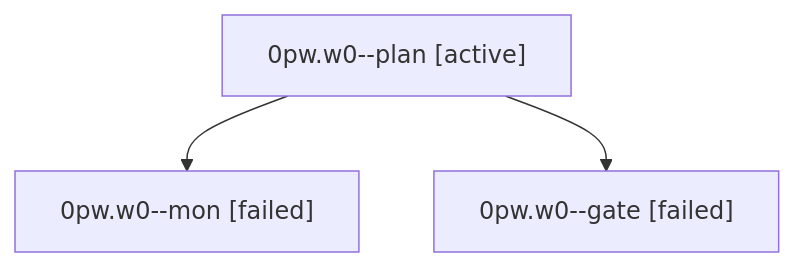
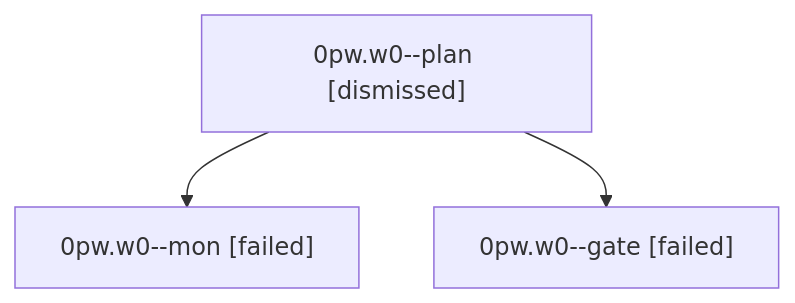
One commit to sase-org/sase--agents changed the diagram in sessions/bbugyi200.athena.0pw.w0.md. Above: the diagram before and after it, drawn with Mermaid. The commit also changed other lines of this file and 36 other files, not shown here.

````diff
--- a/sessions/bbugyi200.athena.0pw.w0.md
+++ b/sessions/bbugyi200.athena.0pw.w0.md
@@ -9,8 +9,8 @@
 ```mermaid
 flowchart TD
-  n0["0pw.w0--plan [active]"]
+  n0["0pw.w0--plan [dismissed]"]
   n1["0pw.w0--mon [failed]"]
   n0 --> n1
   n2["0pw.w0--gate [failed]"]
   n0 --> n2
 ```
````
